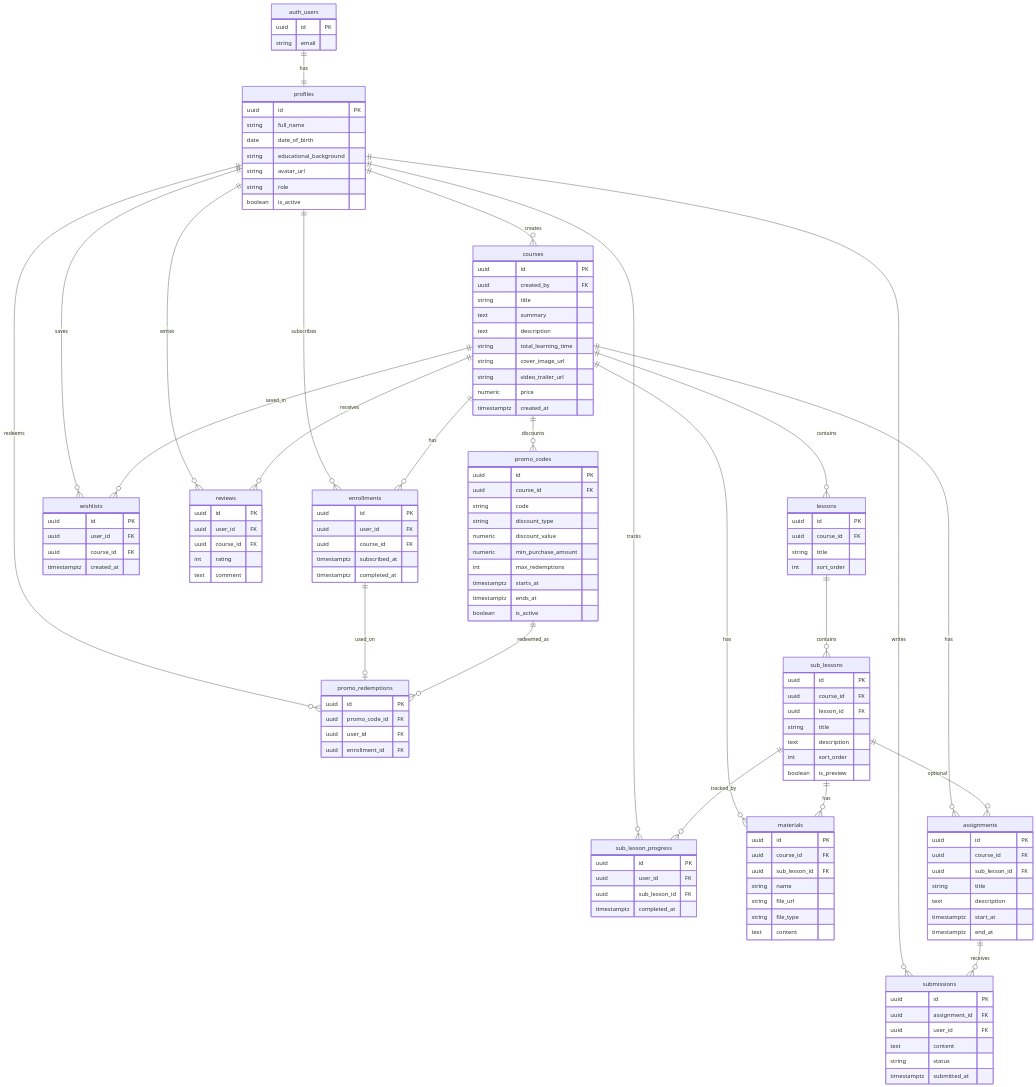
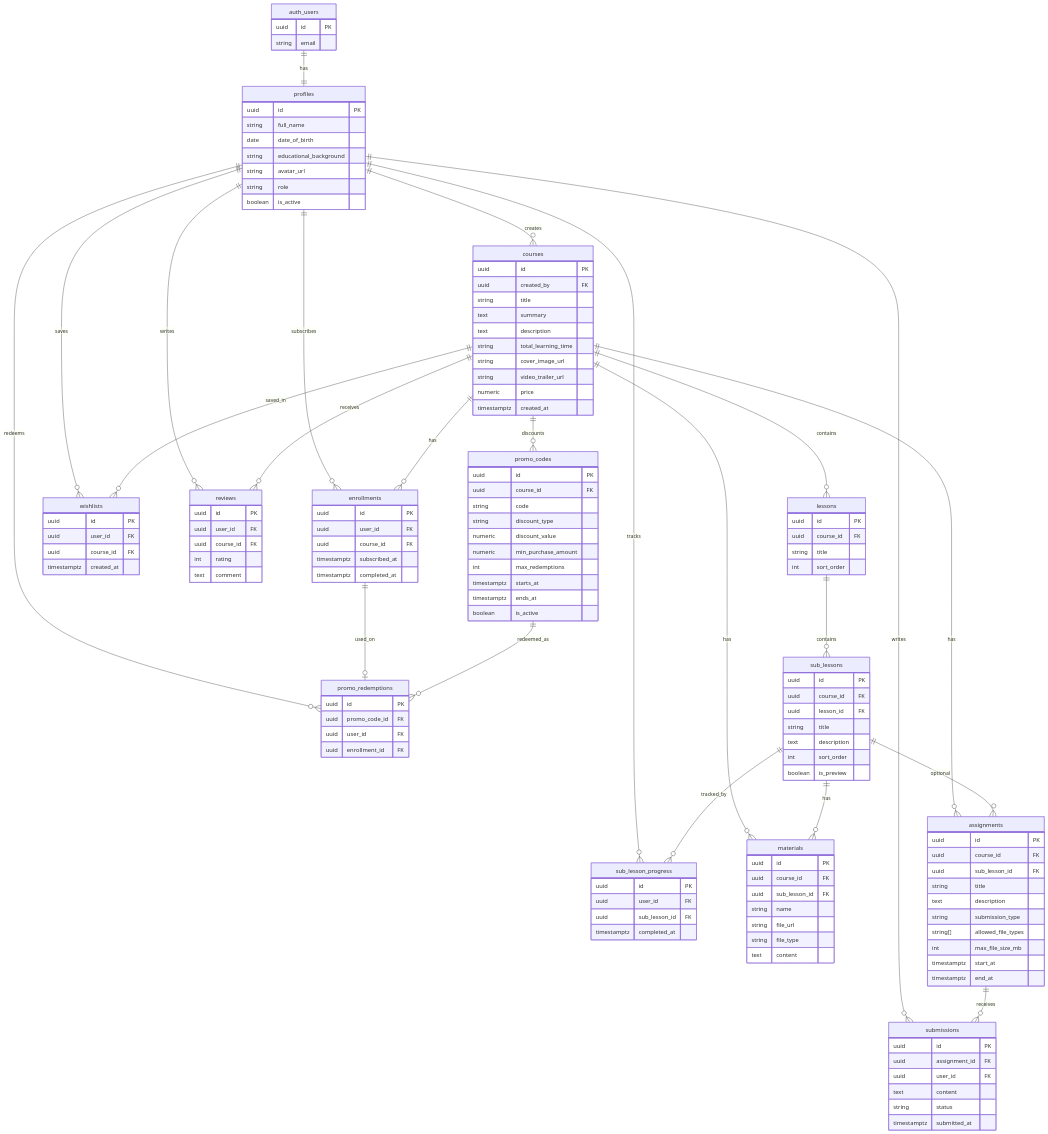
One commit to Anthony-FS/courseflow changed the diagram in docs/erd.md. Above: the diagram before and after it, drawn with Mermaid. The commit also changed other lines of this file and 7 other files, not shown here.

```diff
--- a/docs/erd.md
+++ b/docs/erd.md
@@ -111,6 +111,9 @@
     uuid sub_lesson_id FK
     string title
     text description
+    string submission_type
+    string[] allowed_file_types
+    int max_file_size_mb
     timestamptz start_at
     timestamptz end_at
   }
```
